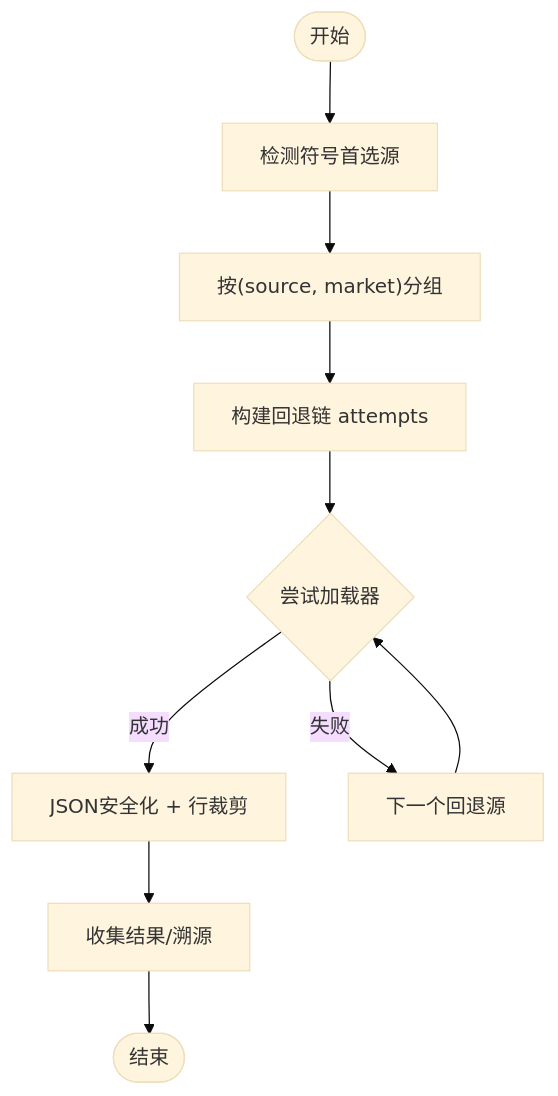
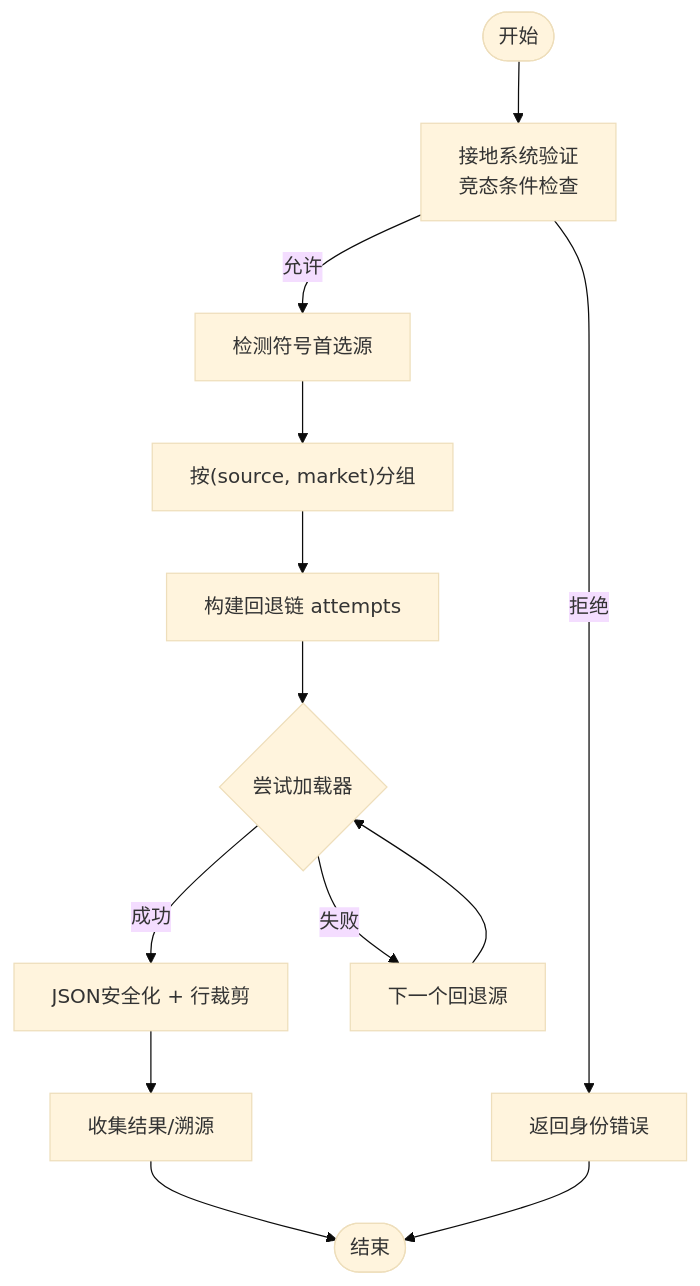
One commit to 20012002er/Vibe-Trading changed the fifth of 9 diagrams in .qoder/repowiki/zh/content/AI代理系统/工具系统/内置工具库/市场数据工具.md. Above: the diagram before and after it, drawn with Mermaid (base theme). The commit also changed other lines of this file and 6 other files, not shown here.

````diff
--- a/.qoder/repowiki/zh/content/AI代理系统/工具系统/内置工具库/市场数据工具.md
+++ b/.qoder/repowiki/zh/content/AI代理系统/工具系统/内置工具库/市场数据工具.md
@@ -230,12 +304,15 @@
 ```mermaid
 flowchart TD
-Start(["开始"]) --> Detect["检测符号首选源"]
+Start(["开始"]) --> Auth["接地系统验证<br/>竞态条件检查"]
+Auth --> |允许| Detect["检测符号首选源"]
+Auth --> |拒绝| Error["返回身份错误"]
 Detect --> Group["按(source, market)分组"]
 Group --> BuildChain["构建回退链 attempts"]
 BuildChain --> TryLoad{"尝试加载器"}
 TryLoad --> |成功| Clean["JSON安全化 + 行裁剪"]
 TryLoad --> |失败| Next["下一个回退源"]
 Clean --> Done["收集结果/溯源"]
 Next --> TryLoad
 Done --> End(["结束"])
+Error --> End
 ```
````
